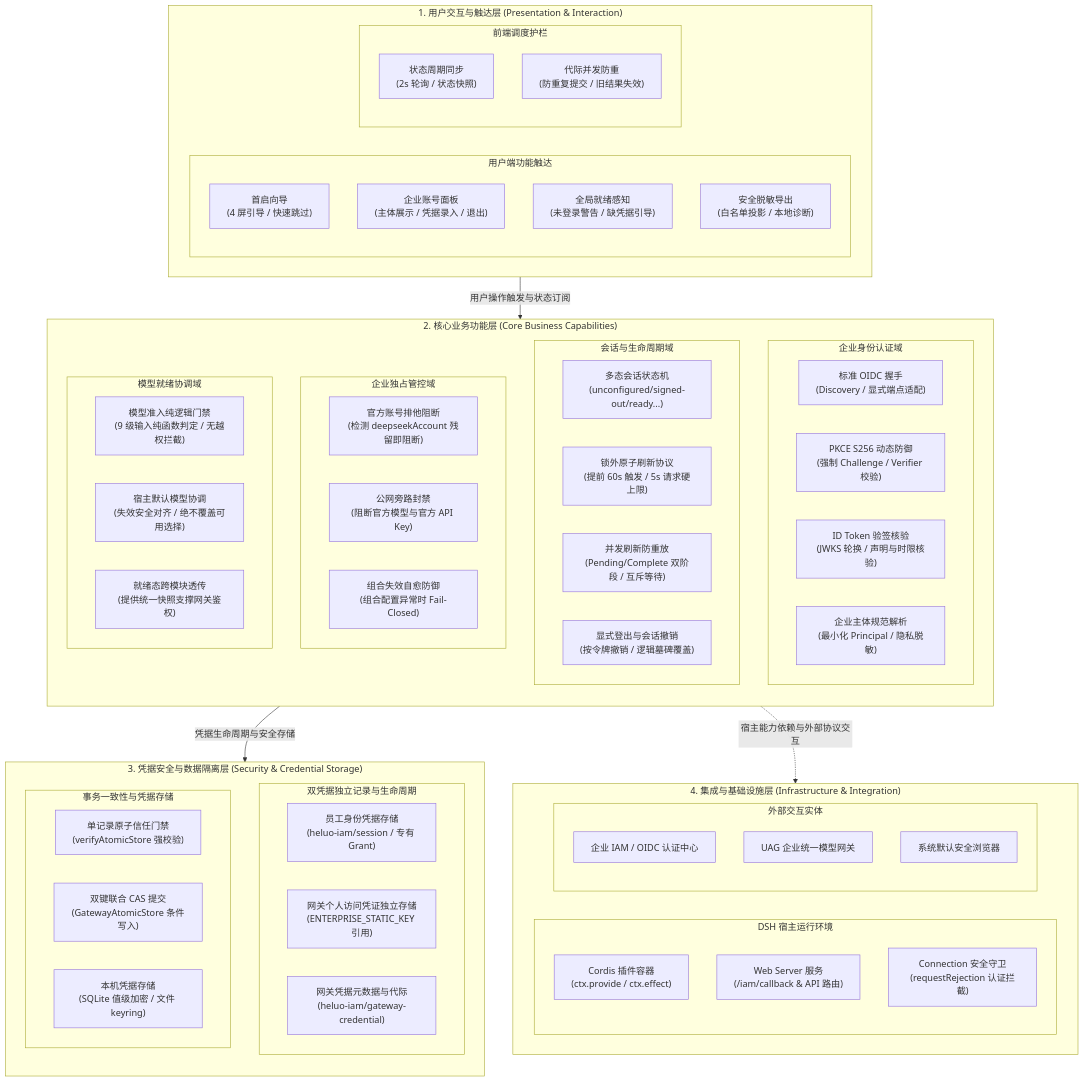
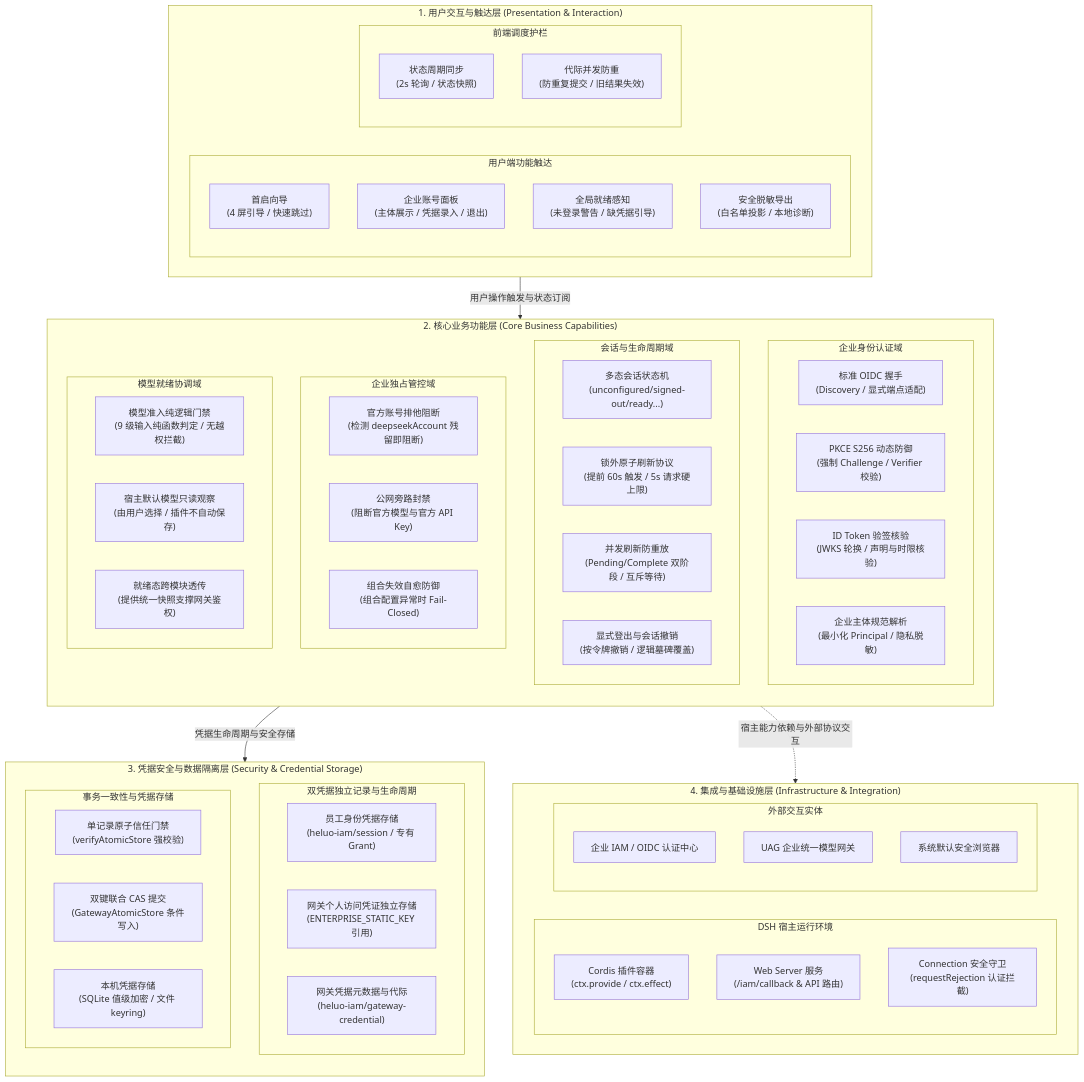
Before and after one commit to hrygo/heluo-forge: the first of 6 diagrams in docs/design/plugins/forge-iam.md, drawn with Mermaid. The commit also changed other lines of this file and 16 other files, not shown here.

```diff
--- a/docs/design/plugins/forge-iam.md
+++ b/docs/design/plugins/forge-iam.md
@@ -158,7 +158,7 @@
     subgraph Domain_Model["模型就绪协调域"]
       direction LR
       F_ModelGate["模型准入纯逻辑门禁<br/>(9 级输入纯函数判定 / 无越权拦截)"]
-      F_ModelObserve["宿主默认模型协调<br/>(失效安全对齐 / 绝不覆盖可用选择)"]
+      F_ModelObserve["宿主默认模型只读观察<br/>(由用户选择 / 插件不自动保存)"]
       F_ReadySync["就绪态跨模块透传<br/>(提供统一快照支撑网关鉴权)"]
     end
   end
```
